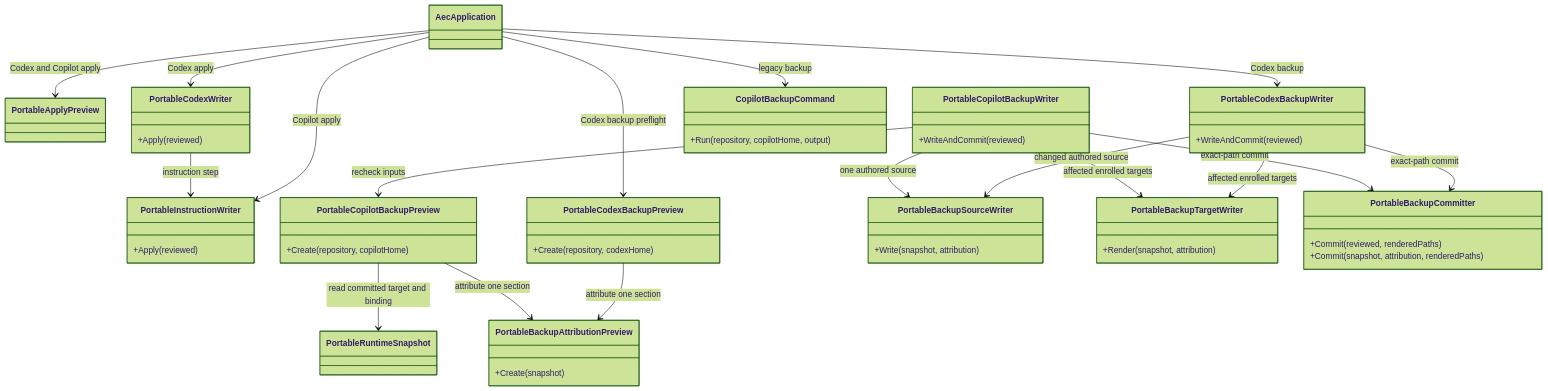
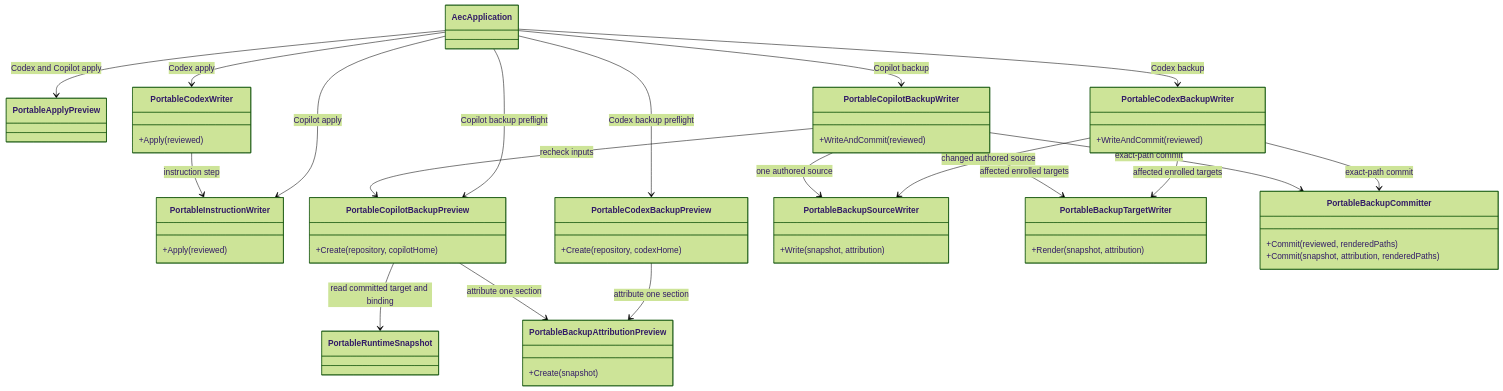
Before and after one commit to ferrywlto/ai-env-as-code: the third of 3 diagrams in docs/architecture.md, drawn with Mermaid (forest theme). The commit also changed other lines of this file and 10 other files, not shown here.

Commit message:
feat: migrate Copilot backup to portable sources

````diff
--- a/docs/architecture.md
+++ b/docs/architecture.md
@@ -111,58 +111,56 @@
 ```mermaid
 classDiagram
     class AecApplication
     class PortableApplyPreview
     class PortableRuntimeSnapshot
     class PortableInstructionWriter {
         +Apply(reviewed)
     }
     class PortableCodexWriter {
         +Apply(reviewed)
     }
     class PortableCodexBackupPreview {
         +Create(repository, codexHome)
     }
     class PortableCopilotBackupPreview {
         +Create(repository, copilotHome)
     }
     class PortableBackupAttributionPreview {
         +Create(snapshot)
     }
     class PortableCodexBackupWriter {
         +WriteAndCommit(reviewed)
     }
     class PortableCopilotBackupWriter {
         +WriteAndCommit(reviewed)
     }
     class PortableBackupSourceWriter {
         +Write(snapshot, attribution)
     }
     class PortableBackupTargetWriter {
         +Render(snapshot, attribution)
     }
     class PortableBackupCommitter {
         +Commit(reviewed, renderedPaths)
         +Commit(snapshot, attribution, renderedPaths)
     }
-    class CopilotBackupCommand {
-        +Run(repository, copilotHome, output)
-    }
 
     AecApplication --> PortableApplyPreview : Codex and Copilot apply
     AecApplication --> PortableCodexWriter : Codex apply
     AecApplication --> PortableInstructionWriter : Copilot apply
     PortableCodexWriter --> PortableInstructionWriter : instruction step
     AecApplication --> PortableCodexBackupPreview : Codex backup preflight
     PortableCodexBackupPreview --> PortableBackupAttributionPreview : attribute one section
     PortableCopilotBackupPreview --> PortableRuntimeSnapshot : read committed target and binding
     PortableCopilotBackupPreview --> PortableBackupAttributionPreview : attribute one section
     AecApplication --> PortableCodexBackupWriter : Codex backup
     PortableCodexBackupWriter --> PortableBackupSourceWriter : changed authored source
     PortableCodexBackupWriter --> PortableBackupTargetWriter : affected enrolled targets
     PortableCodexBackupWriter --> PortableBackupCommitter : exact-path commit
+    AecApplication --> PortableCopilotBackupPreview : Copilot backup preflight
+    AecApplication --> PortableCopilotBackupWriter : Copilot backup
     PortableCopilotBackupWriter --> PortableCopilotBackupPreview : recheck inputs
     PortableCopilotBackupWriter --> PortableBackupSourceWriter : one authored source
     PortableCopilotBackupWriter --> PortableBackupTargetWriter : affected enrolled targets
     PortableCopilotBackupWriter --> PortableBackupCommitter : exact-path commit
-    AecApplication --> CopilotBackupCommand : legacy backup
 ```
````
